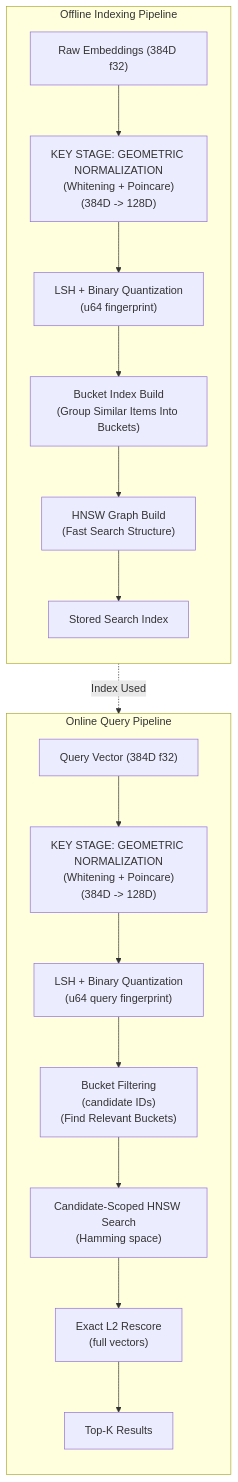
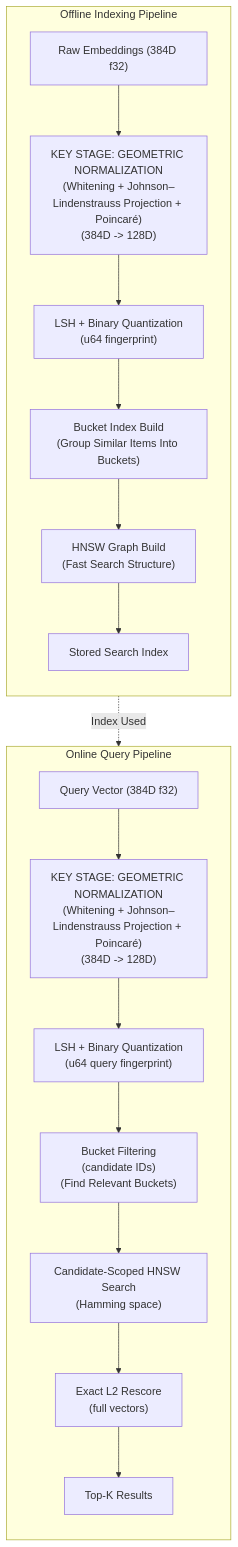
One commit to itisrohit/IsoSearch changed the diagram in docs/technical_analysis.md. Above: the diagram before and after it, drawn with Mermaid.

Commit message:
docs(technical-analysis): add IsoSearch Architecture diagram and sync with documented pipeline

````diff
--- a/docs/technical_analysis.md
+++ b/docs/technical_analysis.md
@@ -24,29 +24,29 @@
 ```mermaid
 flowchart TD
 
 %% OFFLINE PIPELINE (INDEX BUILD)
 subgraph OFFLINE [Offline Indexing Pipeline]
 direction TB
 A1["Raw Embeddings (384D f32)"]
-A1 --> N1["KEY STAGE: GEOMETRIC NORMALIZATION<br/>(Whitening + Poincare)<br/>(384D -> 128D)"]
+A1 --> N1["KEY STAGE: GEOMETRIC NORMALIZATION<br/>(Whitening + Johnson–Lindenstrauss Projection + Poincaré)<br/>(384D -> 128D)"]
 N1 --> H1["LSH + Binary Quantization<br/>(u64 fingerprint)"]
 H1 --> I1["Bucket Index Build<br/>(Group Similar Items Into Buckets)"]
 I1 --> G1["HNSW Graph Build<br/>(Fast Search Structure)"]
 G1 --> S1["Stored Search Index"]
 end
 
 %% ONLINE PIPELINE (QUERY)
 subgraph ONLINE [Online Query Pipeline]
 direction TB
 A2["Query Vector (384D f32)"]
-A2 --> N2["KEY STAGE: GEOMETRIC NORMALIZATION<br/>(Whitening + Poincare)<br/>(384D -> 128D)"]
+A2 --> N2["KEY STAGE: GEOMETRIC NORMALIZATION<br/>(Whitening + Johnson–Lindenstrauss Projection + Poincaré)<br/>(384D -> 128D)"]
 N2 --> H2["LSH + Binary Quantization<br/>(u64 query fingerprint)"]
 H2 --> F2["Bucket Filtering<br/>(candidate IDs)<br/>(Find Relevant Buckets)"]
 F2 --> G2["Candidate-Scoped HNSW Search<br/>(Hamming space)"]
 G2 --> R2["Exact L2 Rescore<br/>(full vectors)"]
 R2 --> T2["Top-K Results"]
 end
 
 %% INDEX HANDOFF
-S1 -.->|"Index Used"| A2
+S1 -.->|"Index Used"| F2
 ```
````
